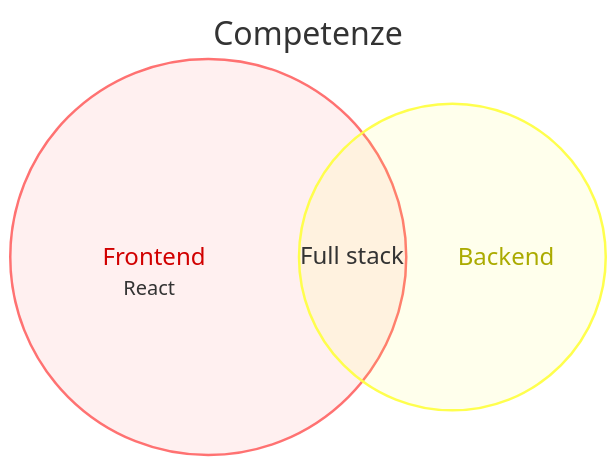
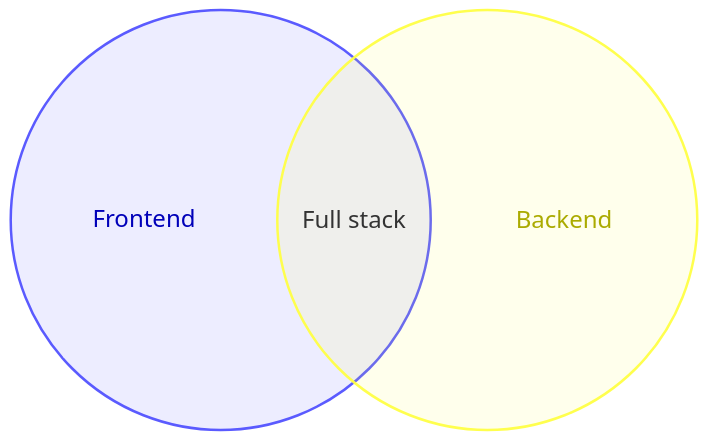
One commit to Terbiz/lectureai changed the seventh of 11 diagrams in static/skills/schemi-mermaid-avanzati.md. Above: the diagram before and after it, drawn with Mermaid. The commit also changed other lines of this file and 6 other files, not shown here.

````diff
--- a/static/skills/schemi-mermaid-avanzati.md
+++ b/static/skills/schemi-mermaid-avanzati.md
@@ -112,9 +74,6 @@
 ```mermaid
 venn-beta
-  title Competenze
-  set A["Frontend"]:20
-    text A1["React"]
-  set B["Backend"]:12
-  union A,B["Full stack"]:3
-  style A fill:#ff6b6b
+  set A["Frontend"]
+  set B["Backend"]
+  union A,B["Full stack"]
 ```
````
